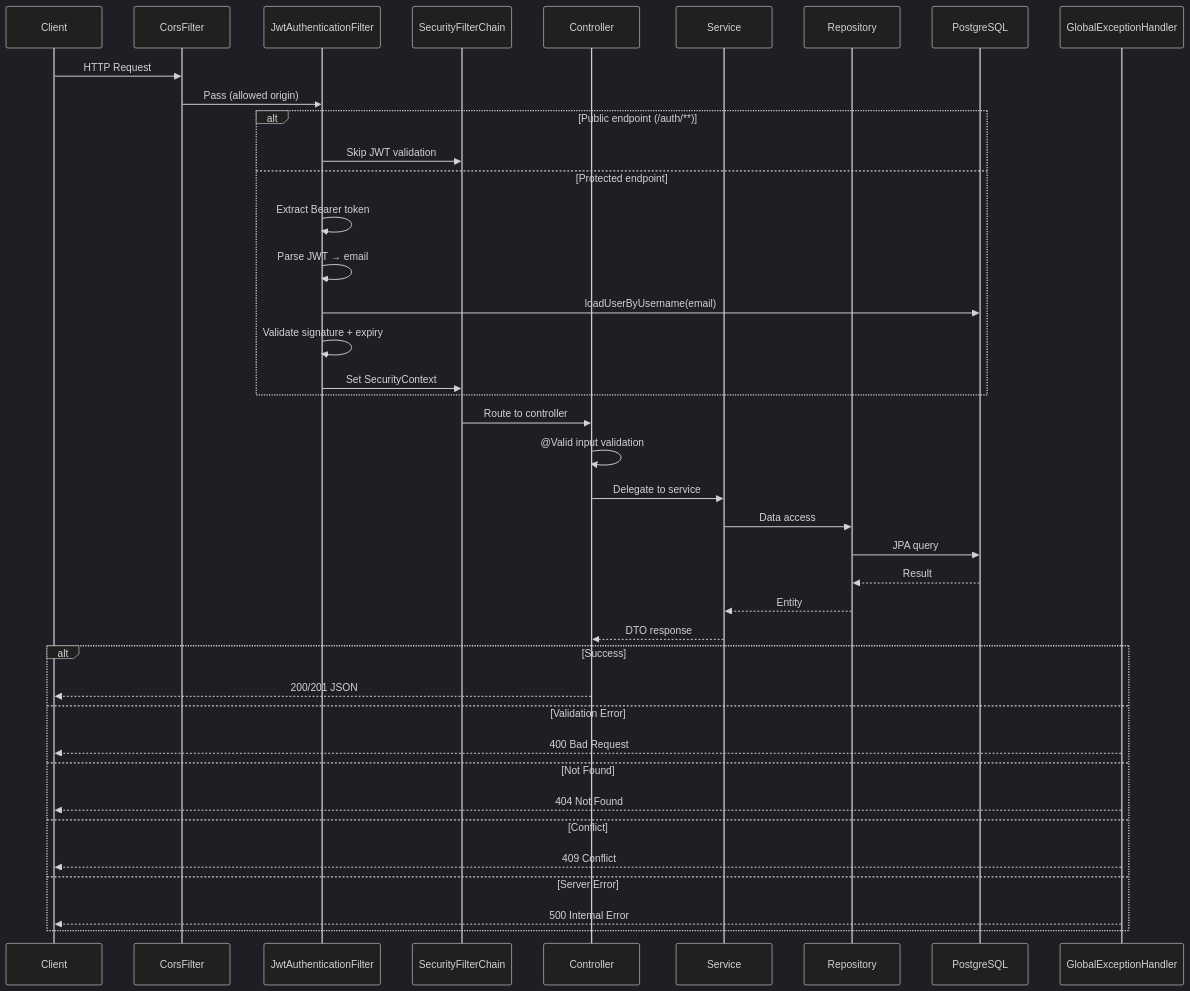
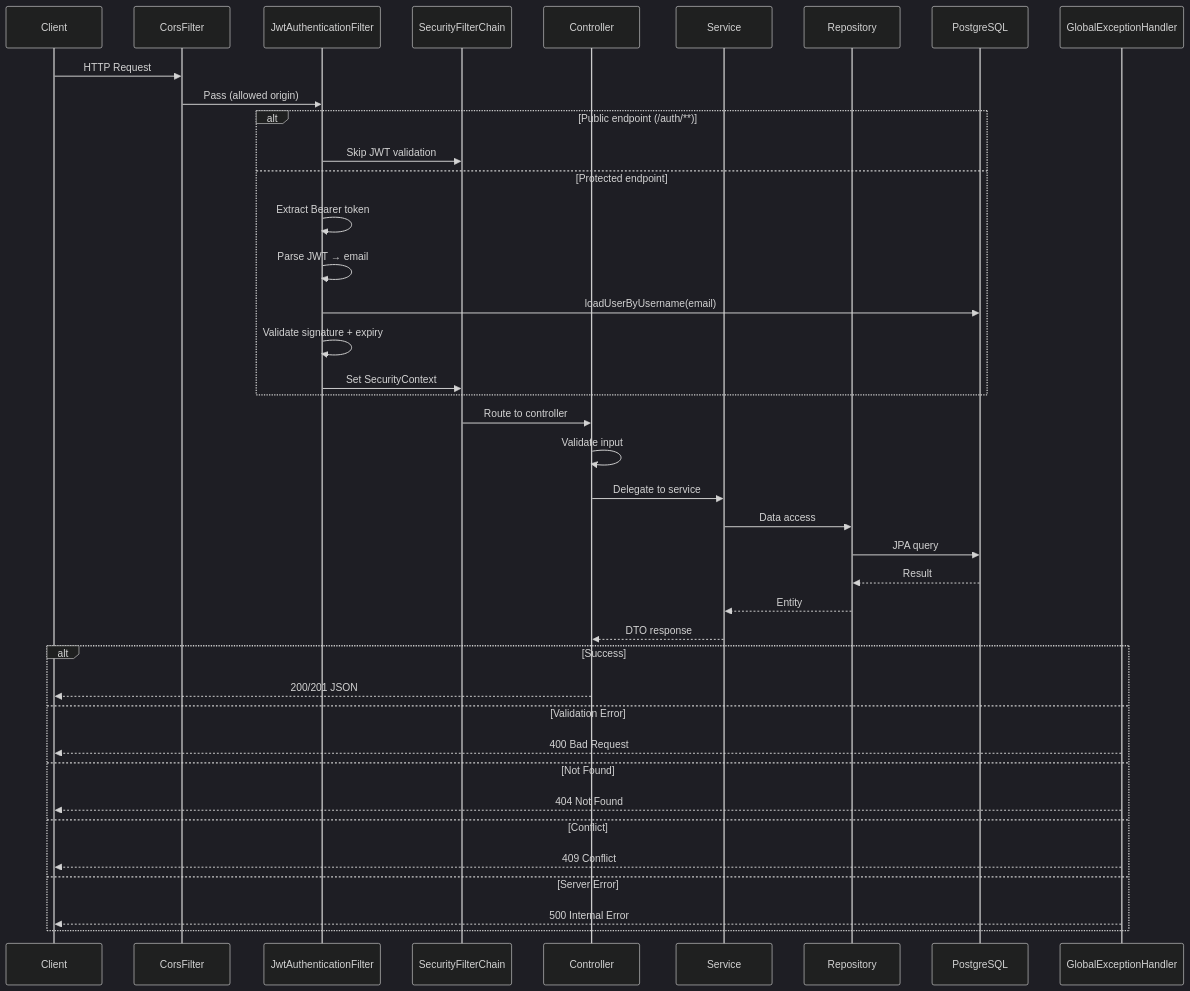
One commit to pacman-cli/uptime-monitoring changed the sixth of 8 diagrams in README.md. Above: the diagram before and after it, drawn with Mermaid (dark theme). The commit also changed other lines of this file, not shown here.

First line of the commit message:
docs: fix mermaid parse errors, add features and requirements

````diff
--- a/README.md
+++ b/README.md
@@ -323,46 +410,46 @@
 ```mermaid
 sequenceDiagram
     participant C as Client
     participant CORS as CorsFilter
     participant JF as JwtAuthenticationFilter
     participant SC as SecurityFilterChain
     participant CT as Controller
     participant SV as Service
     participant RP as Repository
     participant DB as PostgreSQL
     participant EH as GlobalExceptionHandler
 
     C->>CORS: HTTP Request
     CORS->>JF: Pass (allowed origin)
     
     alt Public endpoint (/auth/**)
         JF->>SC: Skip JWT validation
     else Protected endpoint
         JF->>JF: Extract Bearer token
         JF->>JF: Parse JWT → email
         JF->>DB: loadUserByUsername(email)
         JF->>JF: Validate signature + expiry
         JF->>SC: Set SecurityContext
     end
 
     SC->>CT: Route to controller
-    CT->>CT: @Valid input validation
+    CT->>CT: Validate input
     CT->>SV: Delegate to service
     SV->>RP: Data access
     RP->>DB: JPA query
     DB-->>RP: Result
     RP-->>SV: Entity
     SV-->>CT: DTO response
 
     alt Success
         CT-->>C: 200/201 JSON
     else Validation Error
         EH-->>C: 400 Bad Request
     else Not Found
         EH-->>C: 404 Not Found
     else Conflict
         EH-->>C: 409 Conflict
     else Server Error
         EH-->>C: 500 Internal Error
     end
 ```
````
